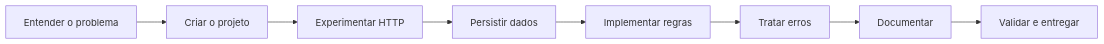
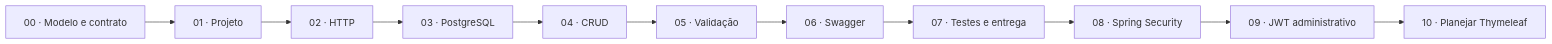
Before and after one commit to e24Dev/CaixaDeSugestoes: the diagram in README.md, drawn with Mermaid. The commit also changed other lines of this file and 17 other files, not shown here.

````diff
--- a/README.md
+++ b/README.md
@@ -14,10 +26,13 @@
 ```mermaid
 flowchart LR
-    modelo["Entender o problema"] --> projeto["Criar o projeto"]
-    projeto --> http["Experimentar HTTP"]
-    http --> banco["Persistir dados"]
-    banco --> crud["Implementar regras"]
-    crud --> erros["Tratar erros"]
-    erros --> swagger["Documentar"]
-    swagger --> testes["Validar e entregar"]
+    Modelo["00 · Modelo e contrato"] --> Projeto["01 · Projeto"]
+    Projeto --> HTTP["02 · HTTP"]
+    HTTP --> Banco["03 · PostgreSQL"]
+    Banco --> CRUD["04 · CRUD"]
+    CRUD --> Erros["05 · Validação"]
+    Erros --> Swagger["06 · Swagger"]
+    Swagger --> Entrega["07 · Testes e entrega"]
+    Entrega --> Security["08 · Spring Security"]
+    Security --> JWT["09 · JWT administrativo"]
+    JWT --> Web["10 · Planejar Thymeleaf"]
 ```
````
